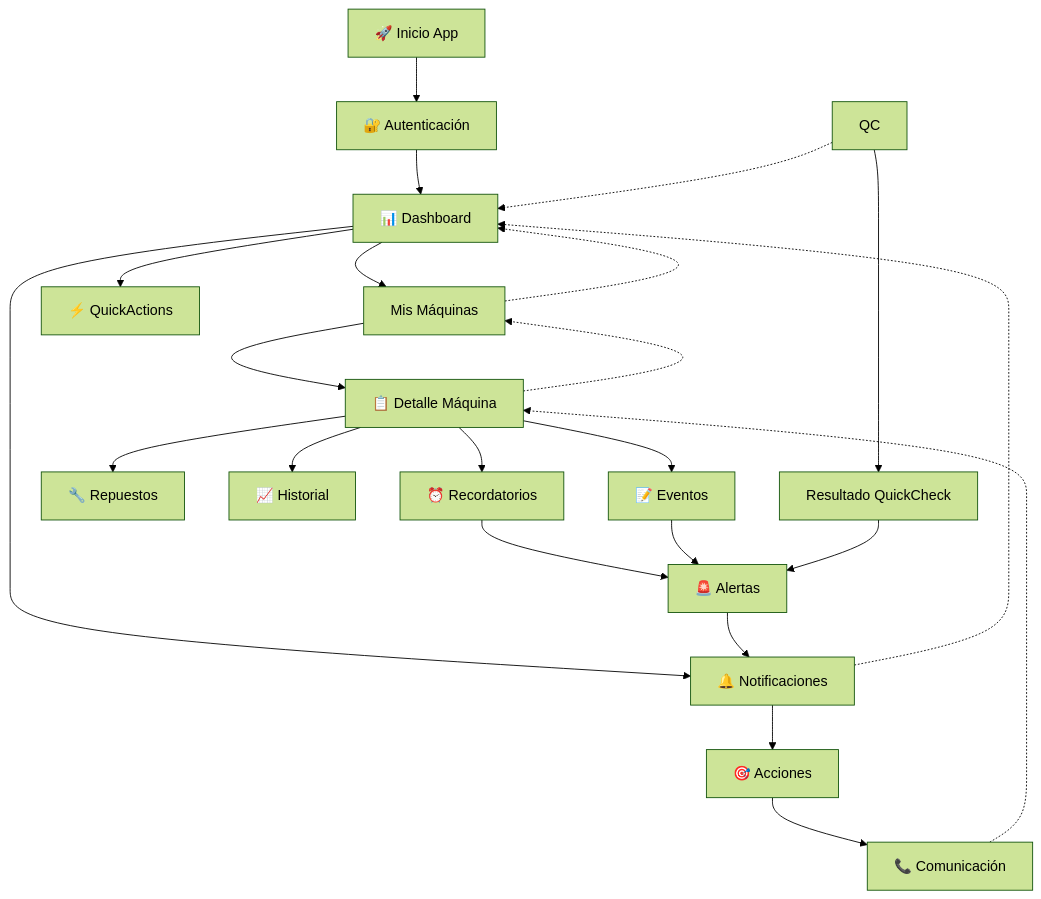
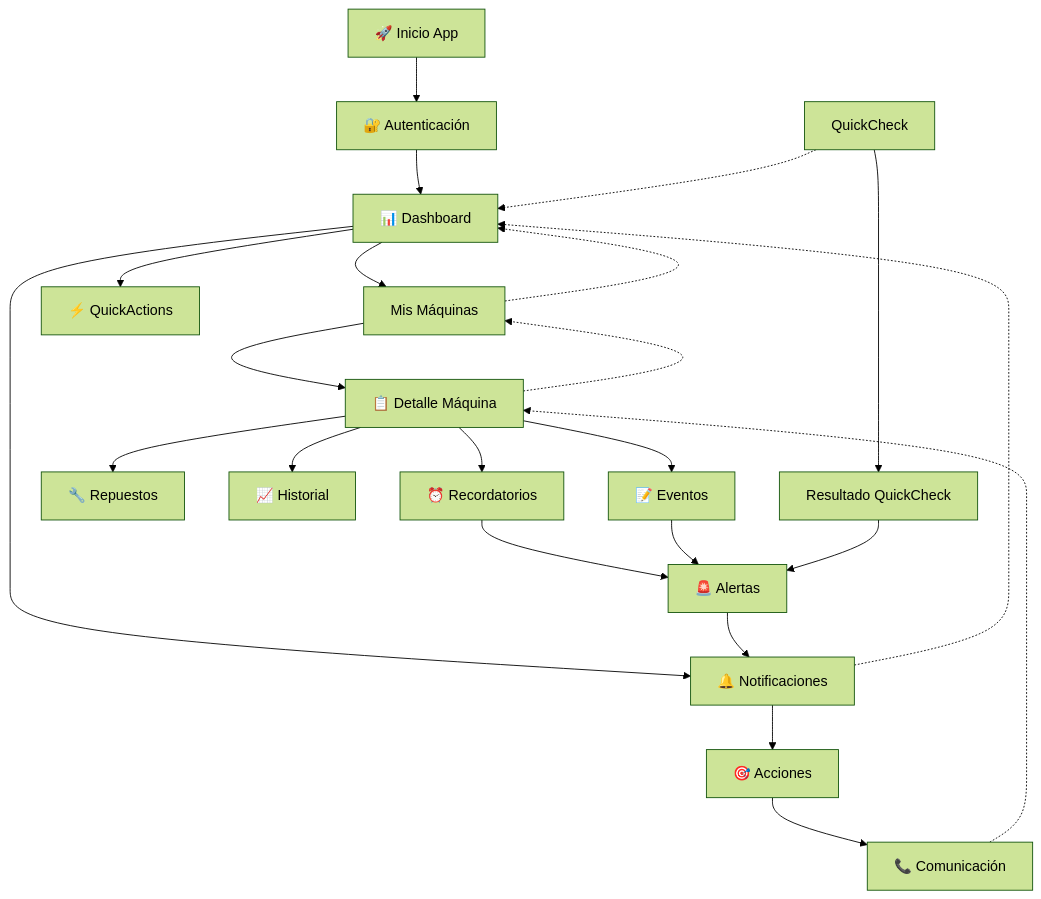
The ninth of 9 diagrams in docs/userJourney.md (MarkMed/FleetMan), drawn with Mermaid (forest theme) before and after one commit. The commit also changed other lines of this file, not shown here.

Commit message:
Refactor notification flow: streamline QuickCheck notifications and enhance distributor contact options

````diff
--- a/docs/userJourney.md
+++ b/docs/userJourney.md
@@ -283,31 +276,31 @@
 ```mermaid
 flowchart TD
     START[🚀 Inicio App] --> AUTH[🔐 Autenticación]
     AUTH --> DASH[📊 Dashboard]
     
     DASH --> MACHINES[🏭 Mis Máquinas]
     DASH --> QA[⚡ QuickActions]
     DASH --> NOTIF[🔔 Notificaciones]
     
     MACHINES --> DETAIL[📋 Detalle Máquina]
     DETAIL --> REMINDERS[⏰ Recordatorios]
     DETAIL --> SPARES[🔧 Repuestos]
     DETAIL --> HISTORY[📈 Historial]
     DETAIL --> EVENTS[📝 Eventos]
     
-    QC --> QC_RESULT[Resultado QuickCheck]
+    QC[QuickCheck] --> QC_RESULT[Resultado QuickCheck]
     REMINDERS --> ALERTS[🚨 Alertas]
     EVENTS --> ALERTS
     QC_RESULT --> ALERTS
     
     ALERTS --> NOTIF
     NOTIF --> ACTIONS[🎯 Acciones]
     ACTIONS --> CONTACT[📞 Comunicación]
     
     %% Navegación de retorno
     DETAIL -.-> MACHINES[Mis Máquinas]
     MACHINES -.-> DASH
     NOTIF -.-> DASH
     QC -.-> DASH
     CONTACT -.-> DETAIL
 ```
````
